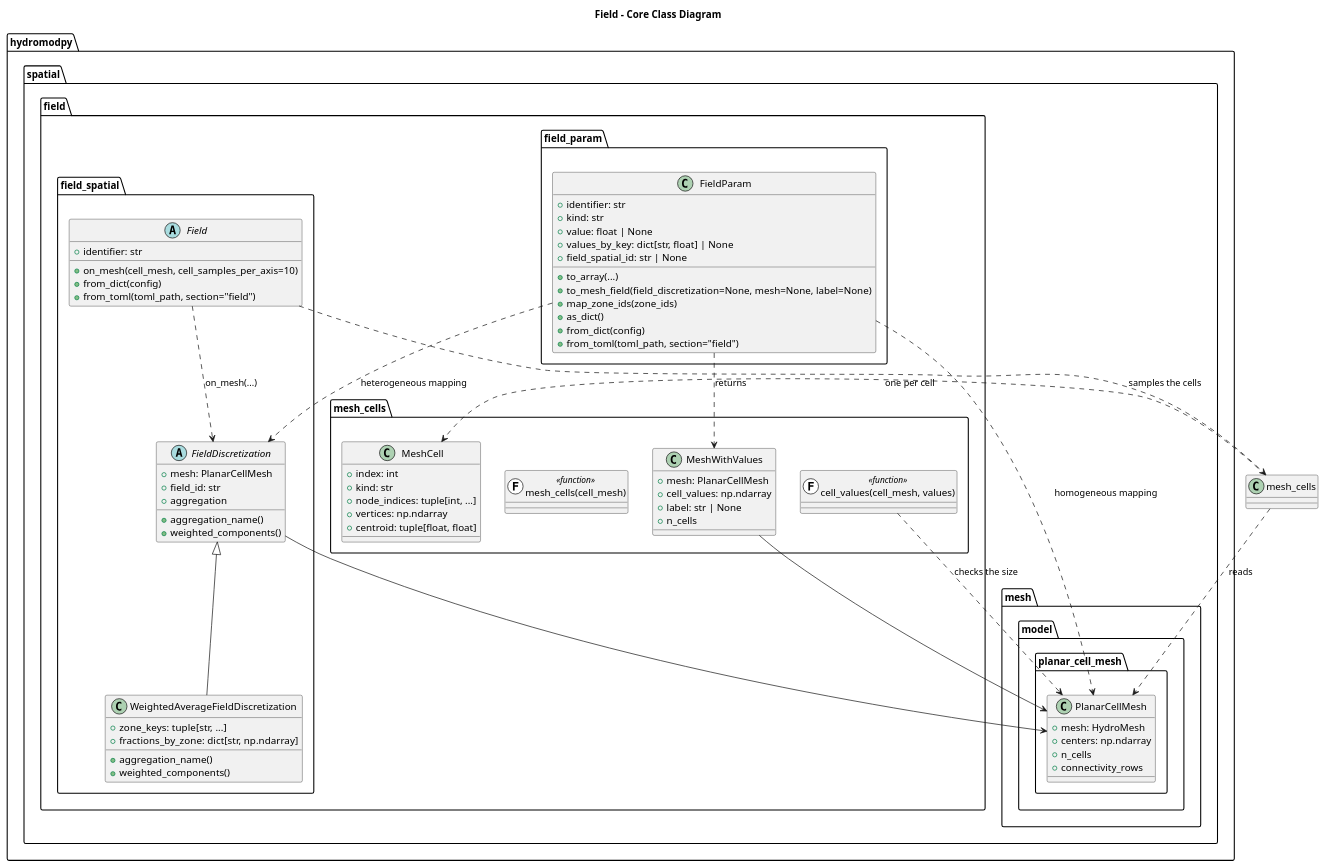
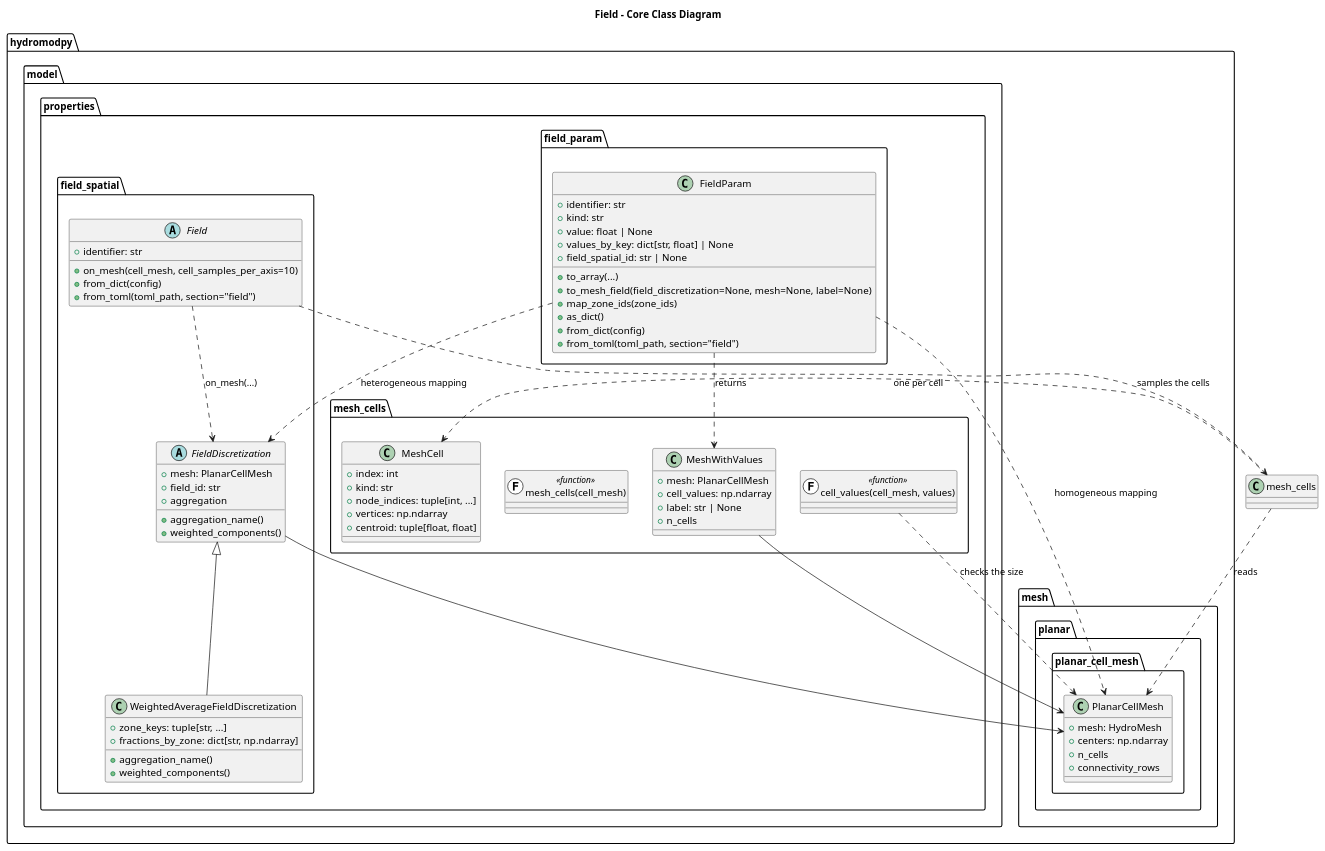
Before and after one commit to HydroModPy/HydroModPy: the diagram in docs/source/contribute/architecture/field/diagrams/field_classes.wsd, drawn with PlantUML. The commit also changed 1341 other files, not shown here.

Commit message:
refactor(model): create model and mesh packages, move annex out of wheel

```diff
--- a/docs/source/contribute/architecture/field/diagrams/field_classes.wsd
+++ b/docs/source/contribute/architecture/field/diagrams/field_classes.wsd
@@ -1,90 +1,90 @@
 @startuml
 title Field - Core Class Diagram
 
-package "hydromodpy.spatial.mesh.model.planar_cell_mesh" {
+package "hydromodpy.mesh.planar.planar_cell_mesh" {
   class PlanarCellMesh {
     +mesh: HydroMesh
     +centers: np.ndarray
     +n_cells
     +connectivity_rows
   }
 }
 
-package "hydromodpy.spatial.field.mesh_cells" {
+package "hydromodpy.model.properties.mesh_cells" {
   class MeshCell {
     +index: int
     +kind: str
     +node_indices: tuple[int, ...]
     +vertices: np.ndarray
     +centroid: tuple[float, float]
   }
 
   class MeshWithValues {
     +mesh: PlanarCellMesh
     +cell_values: np.ndarray
     +label: str | None
     +n_cells
   }
 
   class "mesh_cells(cell_mesh)" as mesh_cells << (F,#FFFFFF) function >>
   class "cell_values(cell_mesh, values)" as cell_values << (F,#FFFFFF) function >>
 }
 
-package "hydromodpy.spatial.field.field_spatial" {
+package "hydromodpy.model.properties.field_spatial" {
   abstract class Field {
     +identifier: str
     +on_mesh(cell_mesh, cell_samples_per_axis=10)
     +from_dict(config)
     +from_toml(toml_path, section="field")
   }
 
   abstract class FieldDiscretization {
     +mesh: PlanarCellMesh
     +field_id: str
     +aggregation_name()
     +aggregation
     +weighted_components()
   }
 }
 
-package "hydromodpy.spatial.field.field_spatial" {
+package "hydromodpy.model.properties.field_spatial" {
   class WeightedAverageFieldDiscretization {
     +zone_keys: tuple[str, ...]
     +fractions_by_zone: dict[str, np.ndarray]
     +aggregation_name()
     +weighted_components()
   }
 }
 
-package "hydromodpy.spatial.field.field_param" {
+package "hydromodpy.model.properties.field_param" {
   class FieldParam {
     +identifier: str
     +kind: str
     +value: float | None
     +values_by_key: dict[str, float] | None
     +field_spatial_id: str | None
     +to_array(...)
     +to_mesh_field(field_discretization=None, mesh=None, label=None)
     +map_zone_ids(zone_ids)
     +as_dict()
     +from_dict(config)
     +from_toml(toml_path, section="field")
   }
 }
 
 mesh_cells ..> PlanarCellMesh : reads
 mesh_cells ..> MeshCell : one per cell
 cell_values ..> PlanarCellMesh : checks the size
 MeshWithValues --> PlanarCellMesh
 
 FieldDiscretization --> PlanarCellMesh
 FieldDiscretization <|-- WeightedAverageFieldDiscretization
 
 Field ..> mesh_cells : samples the cells
 Field ..> FieldDiscretization : on_mesh(...)
 
 FieldParam ..> PlanarCellMesh : homogeneous mapping
 FieldParam ..> FieldDiscretization : heterogeneous mapping
 FieldParam ..> MeshWithValues : returns
 
 @enduml
```
